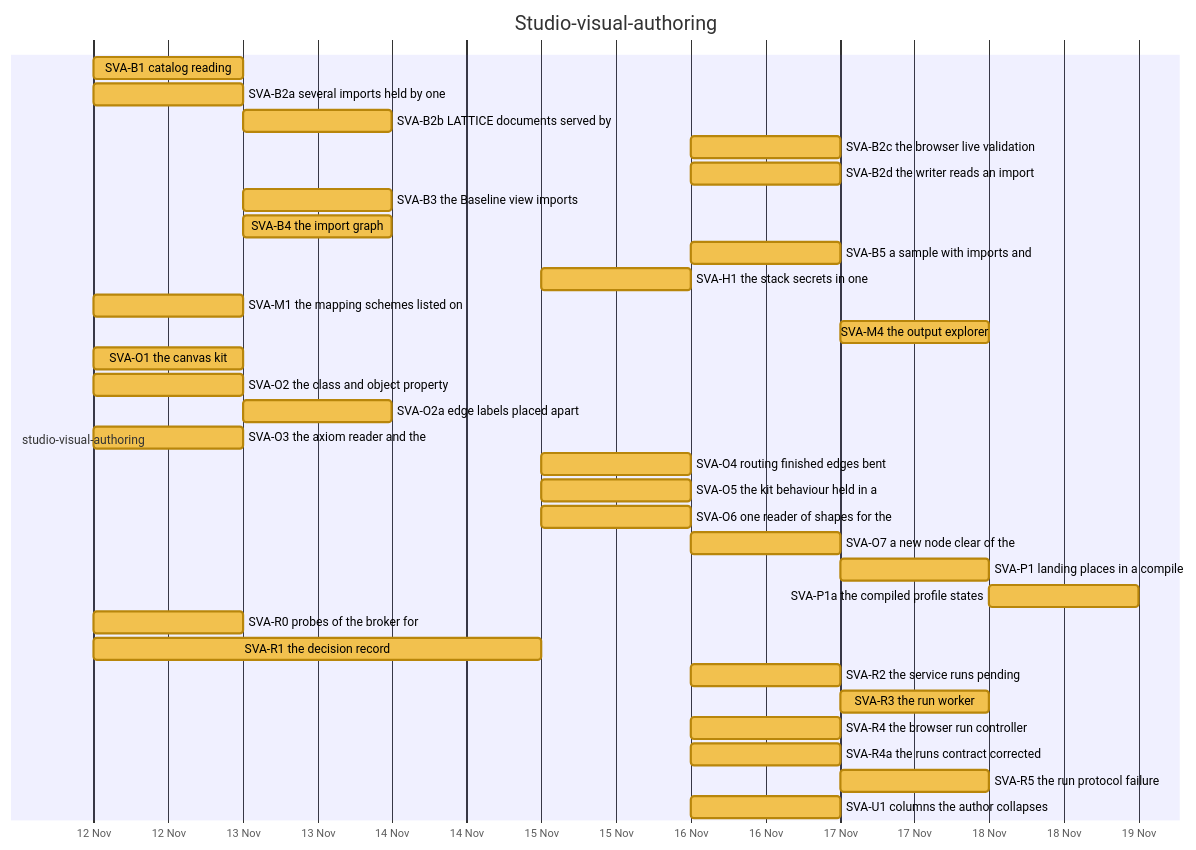
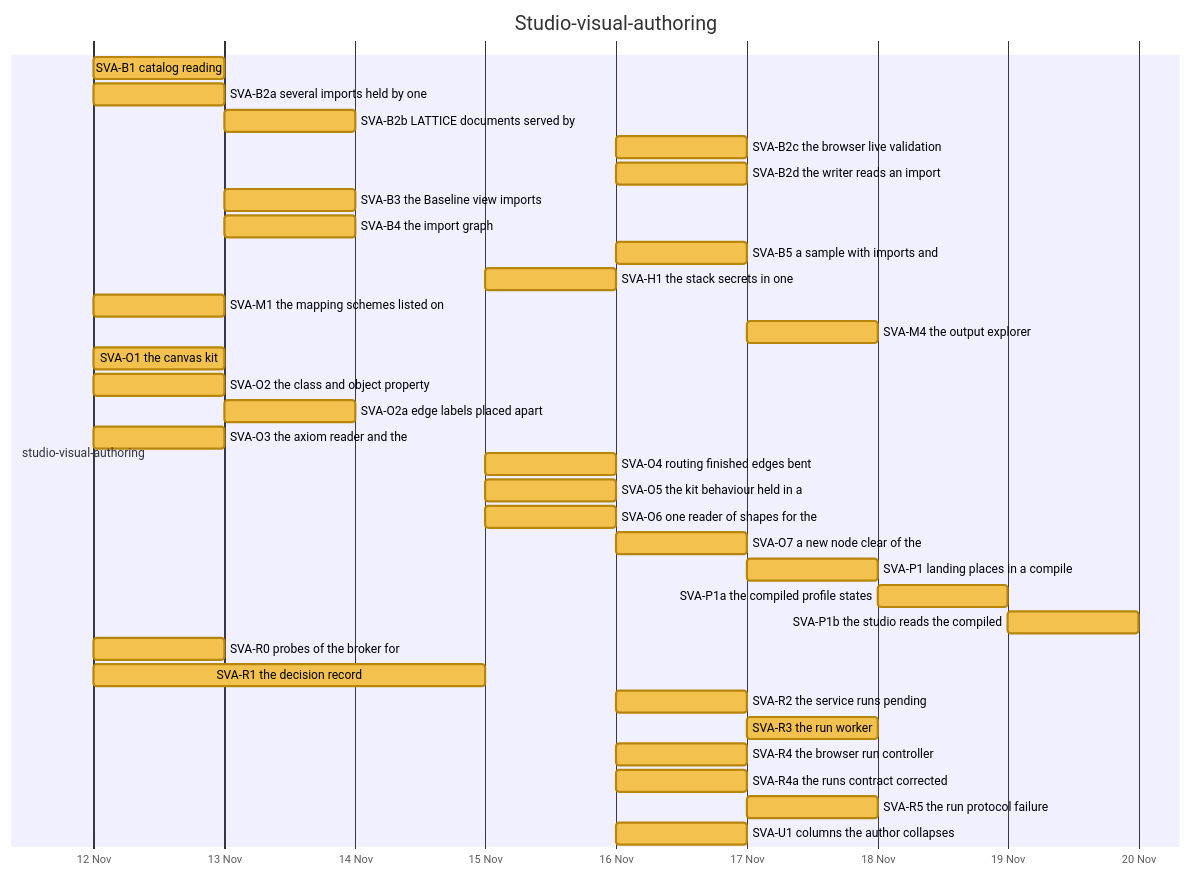
One commit to nebularis/lattice changed diagram 16 of 32 in docs/developer/ROADMAP.md. Above: the diagram before and after it, drawn with Mermaid. The commit also changed other lines of this file, not shown here.

First line of the commit message:
[studio-visual-authoring] Refresh the roadmap's generated sections after SVA-P1b

````diff
--- a/docs/developer/ROADMAP.md
+++ b/docs/developer/ROADMAP.md
@@ -472,37 +473,38 @@
 ```mermaid
 %%{init: {"themeVariables": {"taskBkgColor": "#f2c14e", "taskBorderColor": "#b8860b", "taskTextColor": "#000000", "activeTaskBkgColor": "#4e9af1", "activeTaskBorderColor": "#1f5fbf", "activeTaskBorderColor": "#1f5fbf", "doneTaskBkgColor": "#8fcf8f", "doneTaskBorderColor": "#2f7d32", "critBkgColor": "#f28b82", "critBorderColor": "#b23a30", "taskTextDarkColor": "#000000", "taskTextLightColor": "#000000"}}}%%
 gantt
     title Studio-visual-authoring
     dateFormat YYYY-MM-DD
     axisFormat %d %b
     section studio-visual-authoring
     SVA-B1 catalog reading :svab1, 2026-11-12, 2026-11-13
     SVA-B2a several imports held by one :svab2a, 2026-11-12, 2026-11-13
     SVA-B2b LATTICE documents served by :svab2b, 2026-11-13, 2026-11-14
     SVA-B2c the browser live validation :svab2c, 2026-11-16, 2026-11-17
     SVA-B2d the writer reads an import :svab2d, 2026-11-16, 2026-11-17
     SVA-B3 the Baseline view imports :svab3, 2026-11-13, 2026-11-14
     SVA-B4 the import graph :svab4, 2026-11-13, 2026-11-14
     SVA-B5 a sample with imports and :svab5, 2026-11-16, 2026-11-17
     SVA-H1 the stack secrets in one :svah1, 2026-11-15, 2026-11-16
     SVA-M1 the mapping schemes listed on :svam1, 2026-11-12, 2026-11-13
     SVA-M4 the output explorer :svam4, 2026-11-17, 2026-11-18
     SVA-O1 the canvas kit :svao1, 2026-11-12, 2026-11-13
     SVA-O2 the class and object property :svao2, 2026-11-12, 2026-11-13
     SVA-O2a edge labels placed apart :svao2a, 2026-11-13, 2026-11-14
     SVA-O3 the axiom reader and the :svao3, 2026-11-12, 2026-11-13
     SVA-O4 routing finished edges bent :svao4, 2026-11-15, 2026-11-16
     SVA-O5 the kit behaviour held in a :svao5, 2026-11-15, 2026-11-16
     SVA-O6 one reader of shapes for the :svao6, 2026-11-15, 2026-11-16
     SVA-O7 a new node clear of the :svao7, 2026-11-16, 2026-11-17
     SVA-P1 landing places in a compile :svap1, 2026-11-17, 2026-11-18
     SVA-P1a the compiled profile states :svap1a, 2026-11-18, 2026-11-19
+    SVA-P1b the studio reads the compiled :svap1b, 2026-11-19, 2026-11-20
     SVA-R0 probes of the broker for :svar0, 2026-11-12, 2026-11-13
     SVA-R1 the decision record :svar1, 2026-11-12, 2026-11-15
     SVA-R2 the service runs pending :svar2, 2026-11-16, 2026-11-17
     SVA-R3 the run worker :svar3, 2026-11-17, 2026-11-18
     SVA-R4 the browser run controller :svar4, 2026-11-16, 2026-11-17
     SVA-R4a the runs contract corrected :svar4a, 2026-11-16, 2026-11-17
     SVA-R5 the run protocol failure :svar5, 2026-11-17, 2026-11-18
     SVA-U1 columns the author collapses :svau1, 2026-11-16, 2026-11-17
 ```
````
